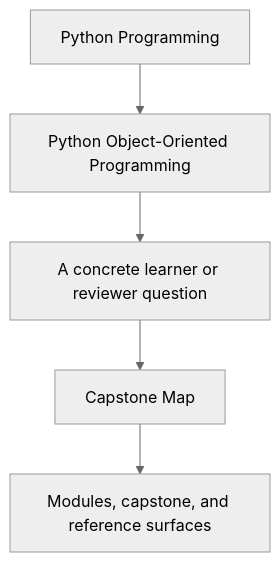
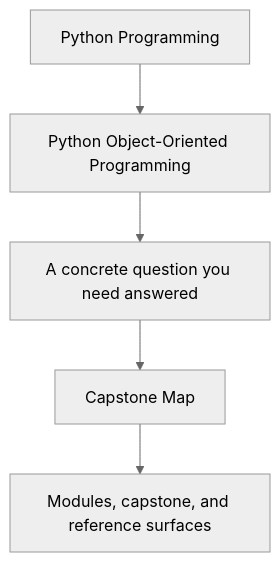
The first of 2 diagrams in programs/python-programming/python-object-oriented-programming/course-book/capstone/capstone-map.md (bijux/bijux-masterclass), drawn with Mermaid (neutral theme) before and after one commit. The commit also changed 8 other files, not shown here.

````diff
--- a/programs/python-programming/python-object-oriented-programming/course-book/capstone/capstone-map.md
+++ b/programs/python-programming/python-object-oriented-programming/course-book/capstone/capstone-map.md
@@ -7,7 +7,7 @@
 ```mermaid
 flowchart TD
   family["Python Programming"] --> program["Python Object-Oriented Programming"]
-  program --> pressure["A concrete learner or reviewer question"]
+  program --> pressure["A concrete question you need answered"]
   pressure --> guide["Capstone Map"]
   guide --> next["Modules, capstone, and reference surfaces"]
 ```
````
